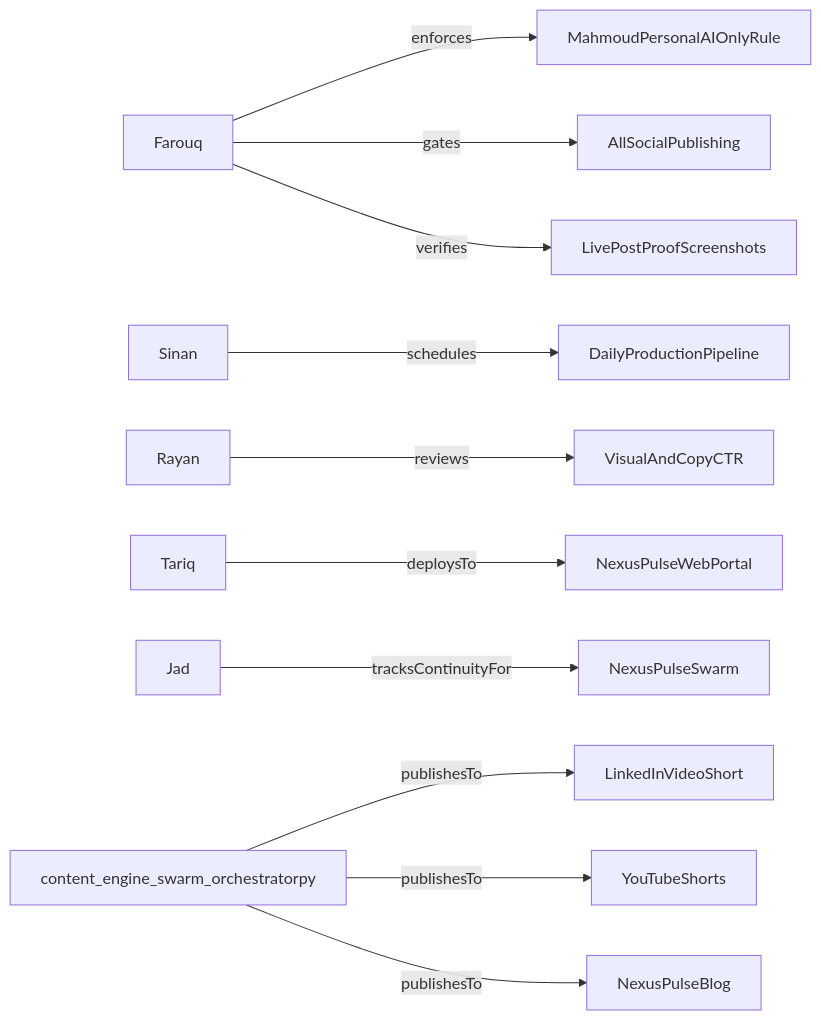
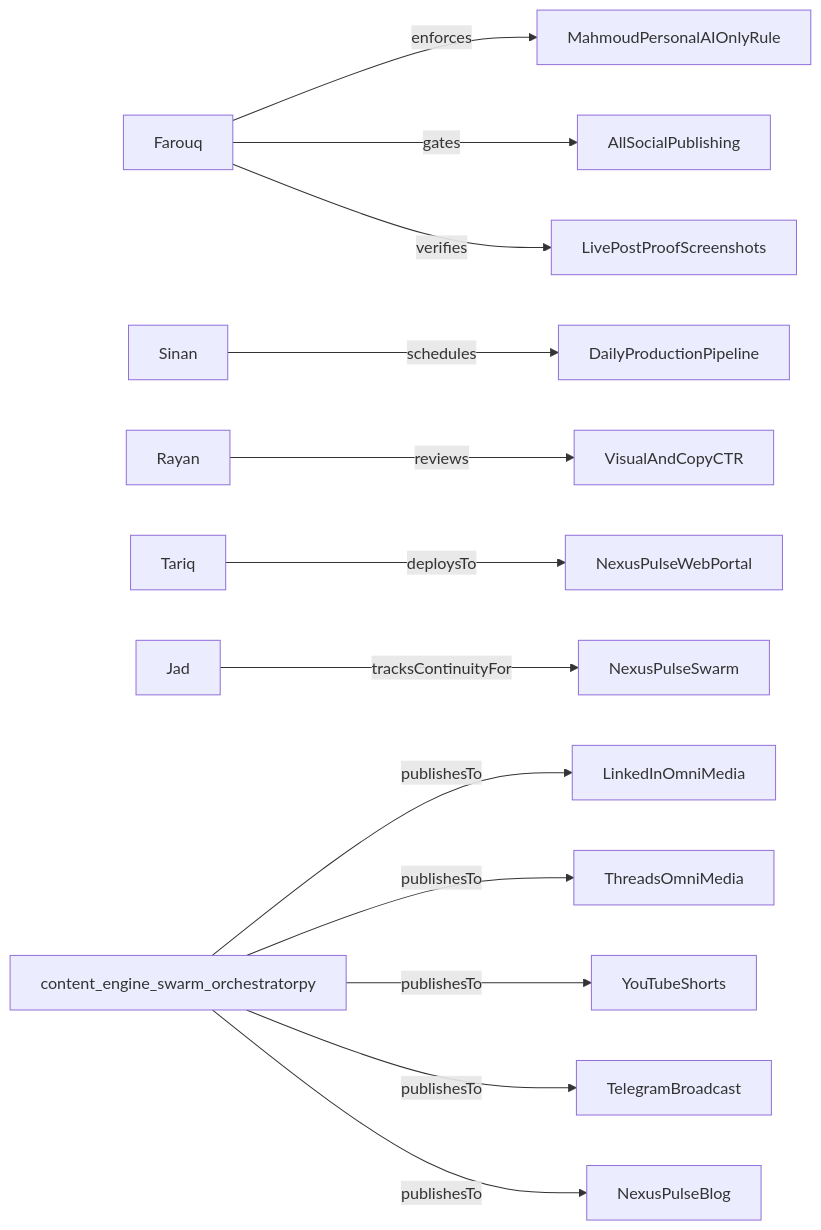
Before and after one commit to MahmoudSamour/nexus-pulse: the diagram in ONTOLOGY.md, drawn with Mermaid. The commit also changed other lines of this file and 6 other files, not shown here.

````diff
--- a/ONTOLOGY.md
+++ b/ONTOLOGY.md
@@ -47,13 +51,15 @@
 ```mermaid
 graph LR
     Farouq -->|enforces| MahmoudPersonalAIOnlyRule
     Farouq -->|gates| AllSocialPublishing
     Farouq -->|verifies| LivePostProofScreenshots
     Sinan -->|schedules| DailyProductionPipeline
     Rayan -->|reviews| VisualAndCopyCTR
     Tariq -->|deploysTo| NexusPulseWebPortal
     Jad -->|tracksContinuityFor| NexusPulseSwarm
-    content_engine_swarm_orchestratorpy -->|publishesTo| LinkedInVideoShort
+    content_engine_swarm_orchestratorpy -->|publishesTo| LinkedInOmniMedia
+    content_engine_swarm_orchestratorpy -->|publishesTo| ThreadsOmniMedia
     content_engine_swarm_orchestratorpy -->|publishesTo| YouTubeShorts
+    content_engine_swarm_orchestratorpy -->|publishesTo| TelegramBroadcast
     content_engine_swarm_orchestratorpy -->|publishesTo| NexusPulseBlog
 ```
````
